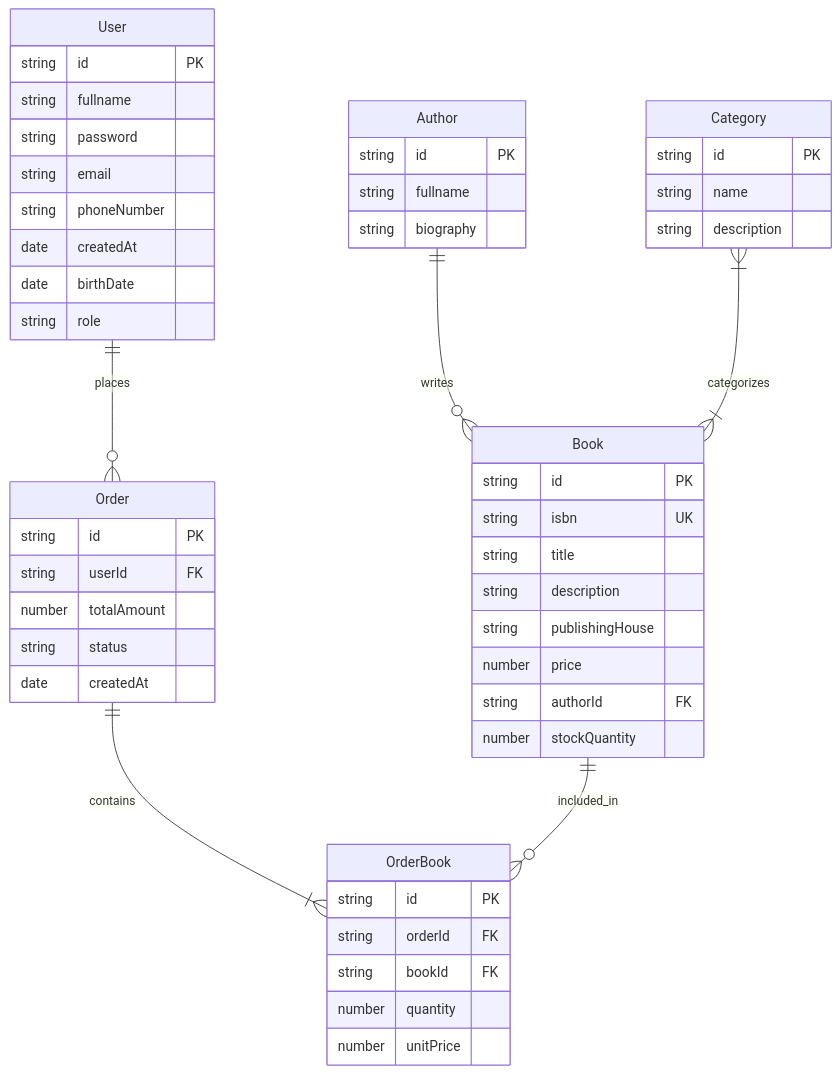
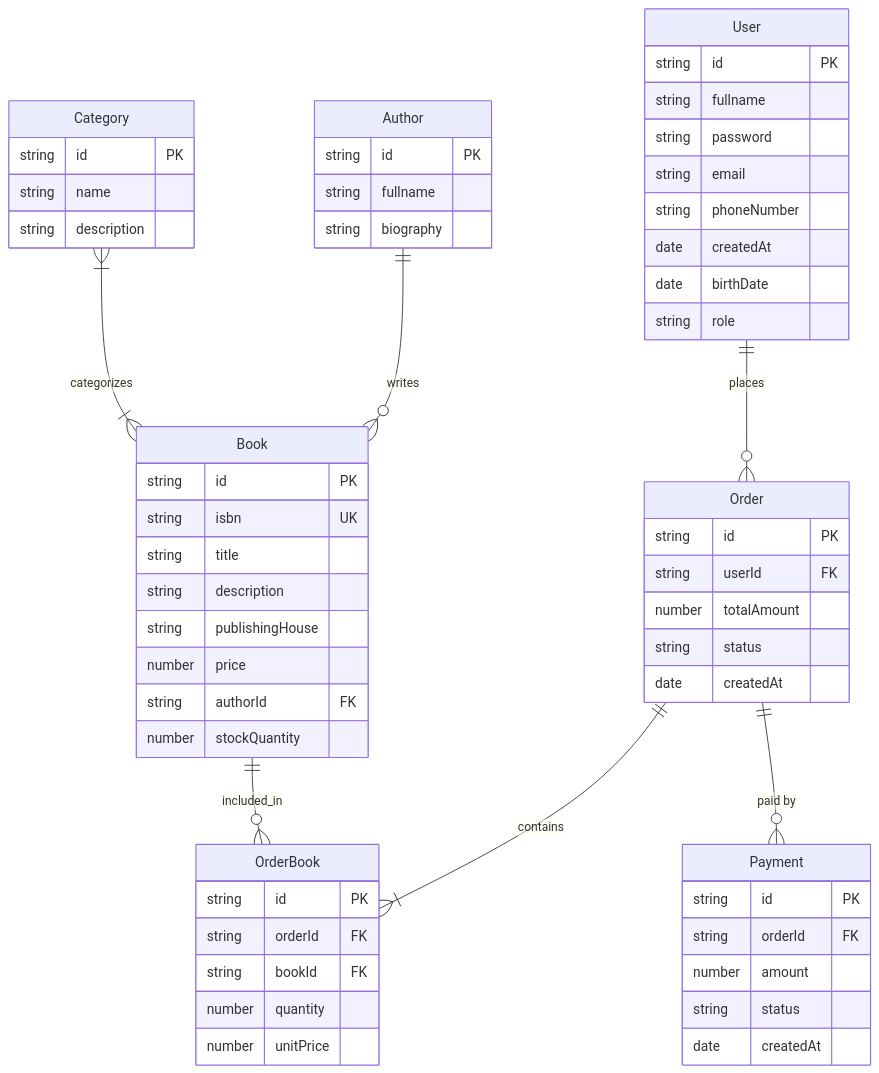
The diagram in lab1/model.mmd (wameny/KPI2year), drawn with Mermaid before and after one commit. The commit also changed 1 other file, not shown here.

Commit message:
added Payment entity to lab1 spec

```diff
--- a/lab1/model.mmd
+++ b/lab1/model.mmd
@@ -1,56 +1,65 @@
 erDiagram
     User ||--o{ Order : "places"
     Author ||--o{ Book : "writes"
     Category }|--|{ Book : "categorizes"
     Order ||--|{ OrderBook : "contains"
     Book ||--o{ OrderBook : "included_in"
+    Order ||--o{ Payment : "paid by"
 
     User {
         string id PK
         string fullname
         string password
         string email
         string phoneNumber
         date createdAt
         date birthDate
         string role
     }
 
     Category {
         string id PK
         string name
         string description
     }
 
     Author {
         string id PK
         string fullname
         string biography
     }
 
     Book {
         string id PK
         string isbn UK
         string title
         string description
         string publishingHouse
         number price
         string authorId FK
         number stockQuantity
     }
 
     Order {
         string id PK
         string userId FK
         number totalAmount
         string status
         date createdAt
     }
 
     OrderBook {
         string id PK
         string orderId FK
         string bookId FK
         number quantity
         number unitPrice
     }
+
+    Payment {
+        string id PK
+        string orderId FK
+        number amount
+        string status
+        date createdAt
+    }
```
